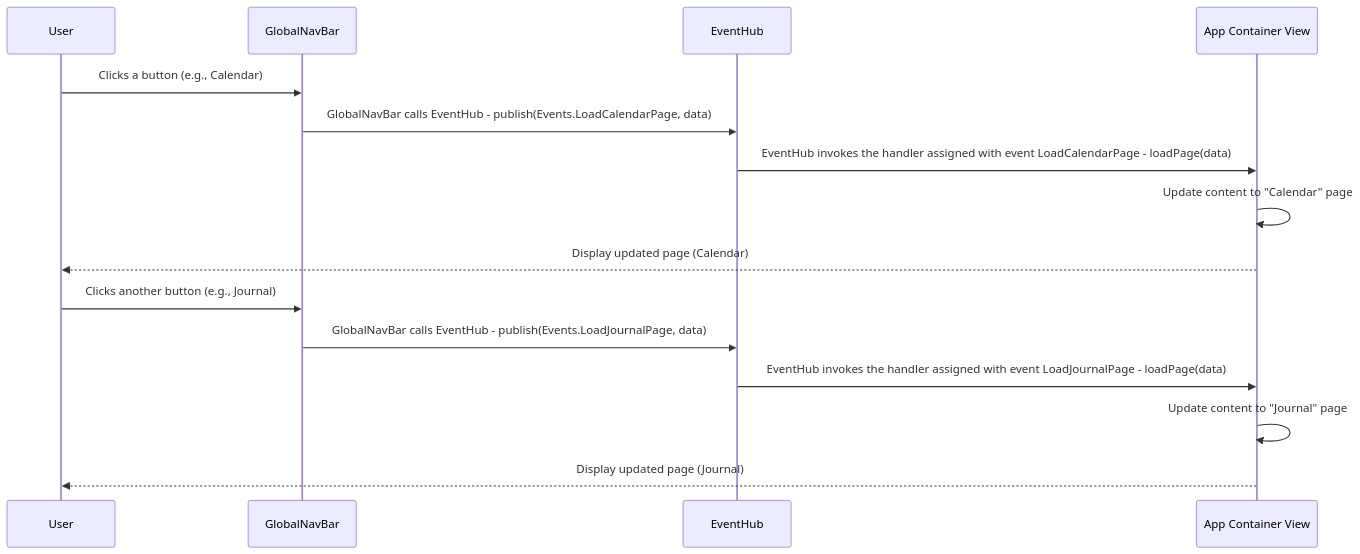
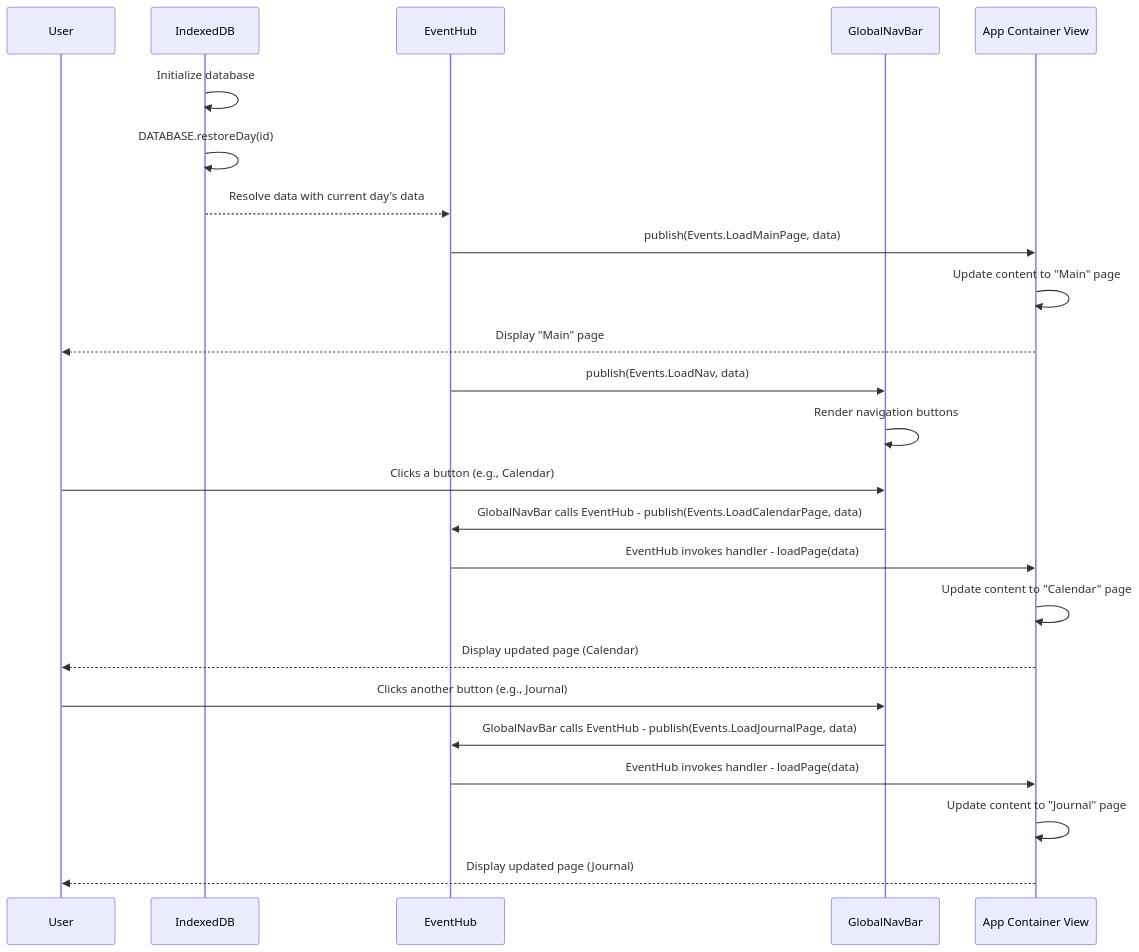
Before and after one commit to rthurston1/Team01-Web-Application-Cherish: the diagram in team/m3/nikolay-ostroukhov/feature-sequence-diagram.md, drawn with Mermaid.

Commit message:
More granular diagram

````diff
--- a/team/m3/nikolay-ostroukhov/feature-sequence-diagram.md
+++ b/team/m3/nikolay-ostroukhov/feature-sequence-diagram.md
@@ -5,18 +5,34 @@
 ```mermaid
 sequenceDiagram
-participant User
-participant GlobalNavBar
-participant EventHub
-participant App Container View
-User->>GlobalNavBar: Clicks a button (e.g., Calendar)
-GlobalNavBar->>EventHub: GlobalNavBar calls EventHub - publish(Events.LoadCalendarPage, data)
-EventHub->>App Container View: EventHub invokes the handler assigned with event LoadCalendarPage - loadPage(data)
-App Container View->>App Container View: Update content to "Calendar" page
-App Container View-->>User: Display updated page (Calendar)
+    participant User
+    participant IndexedDB
+    participant EventHub
+    participant GlobalNavBar
+    participant App Container View
 
+    %% Step 1: Application Initialization
+    IndexedDB->>IndexedDB: Initialize database
+    IndexedDB->>IndexedDB: DATABASE.restoreDay(id)
+    IndexedDB-->>EventHub: Resolve data with current day's data
+    EventHub->>App Container View: publish(Events.LoadMainPage, data)
+    App Container View->>App Container View: Update content to "Main" page
+    App Container View-->>User: Display "Main" page
+
+    %% Step 2: Load Navigation Bar
+    EventHub->>GlobalNavBar: publish(Events.LoadNav, data)
+    GlobalNavBar->>GlobalNavBar: Render navigation buttons
+
+    %% Step 3: User clicks a button (Calendar)
+    User->>GlobalNavBar: Clicks a button (e.g., Calendar)
+    GlobalNavBar->>EventHub: GlobalNavBar calls EventHub - publish(Events.LoadCalendarPage, data)
+    EventHub->>App Container View: EventHub invokes handler - loadPage(data)
+    App Container View->>App Container View: Update content to "Calendar" page
+    App Container View-->>User: Display updated page (Calendar)
+
+    %% Step 4: User clicks another button (Journal)
     User->>GlobalNavBar: Clicks another button (e.g., Journal)
     GlobalNavBar->>EventHub: GlobalNavBar calls EventHub - publish(Events.LoadJournalPage, data)
-    EventHub->>App Container View: EventHub invokes the handler assigned with event LoadJournalPage - loadPage(data)
+    EventHub->>App Container View: EventHub invokes handler - loadPage(data)
     App Container View->>App Container View: Update content to "Journal" page
     App Container View-->>User: Display updated page (Journal)
 ```
````
